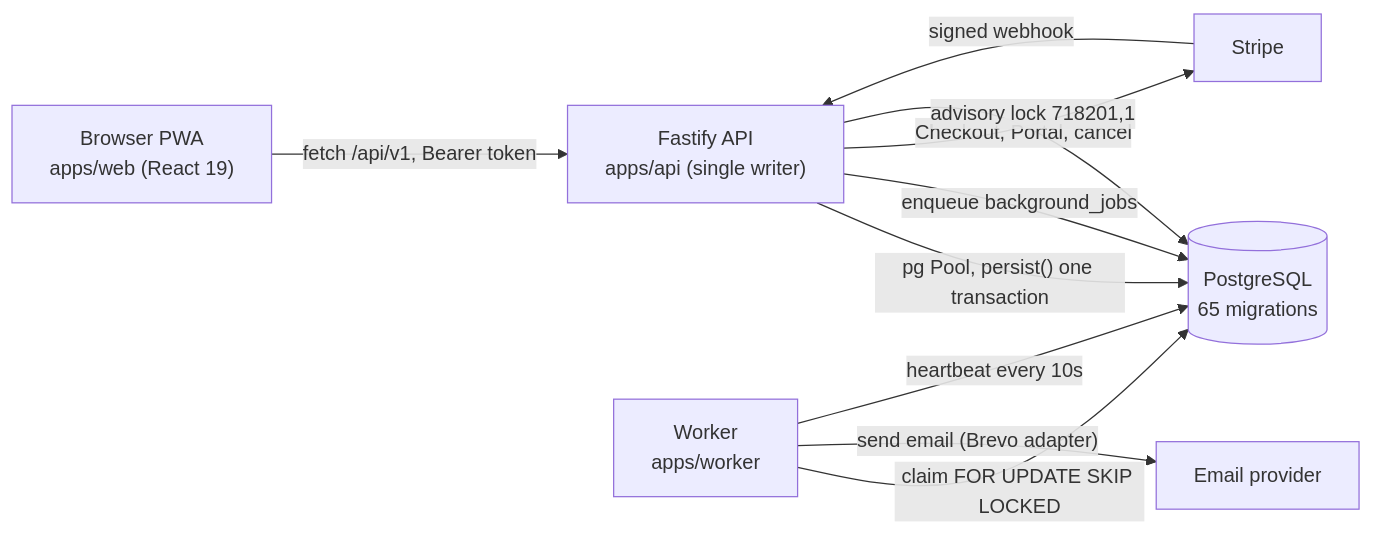
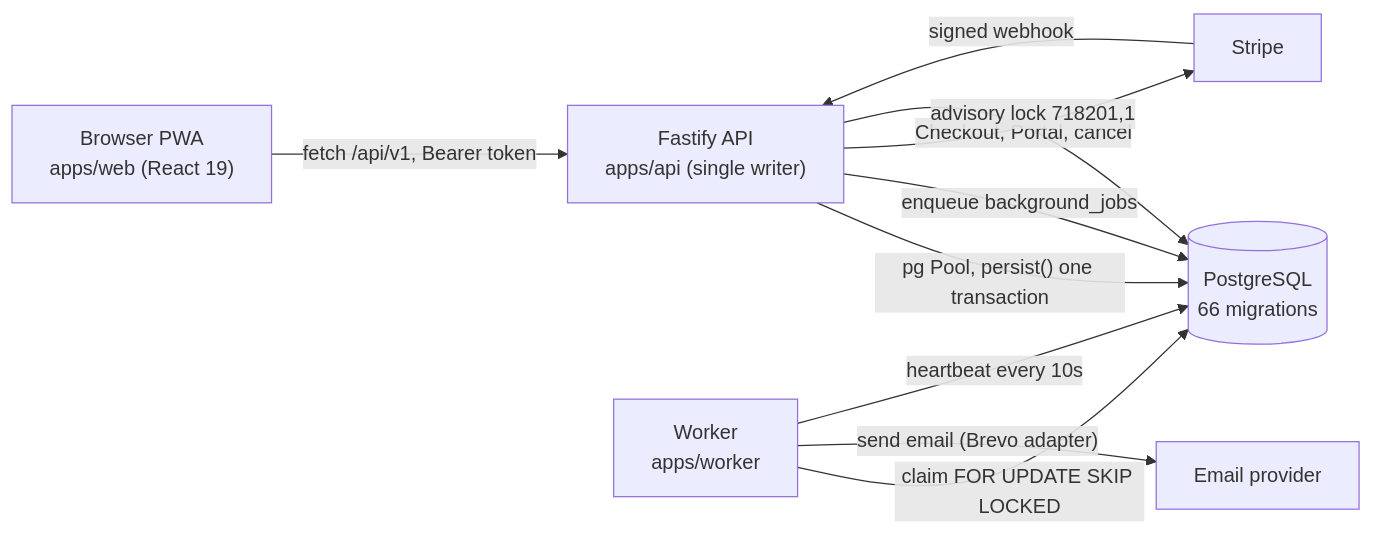
The first of 7 diagrams in docs/system-model/02-flows.md (yhsomani/talentsphere-complete), drawn with Mermaid before and after one commit. The commit also changed 23 other files, not shown here.

````diff
--- a/docs/system-model/02-flows.md
+++ b/docs/system-model/02-flows.md
@@ -15,12 +15,12 @@
 ```mermaid
 flowchart LR
   Browser["Browser PWA<br/>apps/web (React 19)"] -->|"fetch /api/v1, Bearer token"| API["Fastify API<br/>apps/api (single writer)"]
-  API -->|"pg Pool, persist() one transaction"| PG[("PostgreSQL<br/>65 migrations")]
+  API -->|"pg Pool, persist() one transaction"| PG[("PostgreSQL<br/>66 migrations")]
   API -->|"enqueue background_jobs"| PG
   Worker["Worker<br/>apps/worker"] -->|"claim FOR UPDATE SKIP LOCKED"| PG
   Worker -->|"send email (Brevo adapter)"| Mail["Email provider"]
   API -->|"Checkout, Portal, cancel"| Stripe["Stripe"]
   Stripe -->|"signed webhook"| API
   Worker -->|"heartbeat every 10s"| PG
   API -->|"advisory lock 718201,1"| PG
 ```
````
